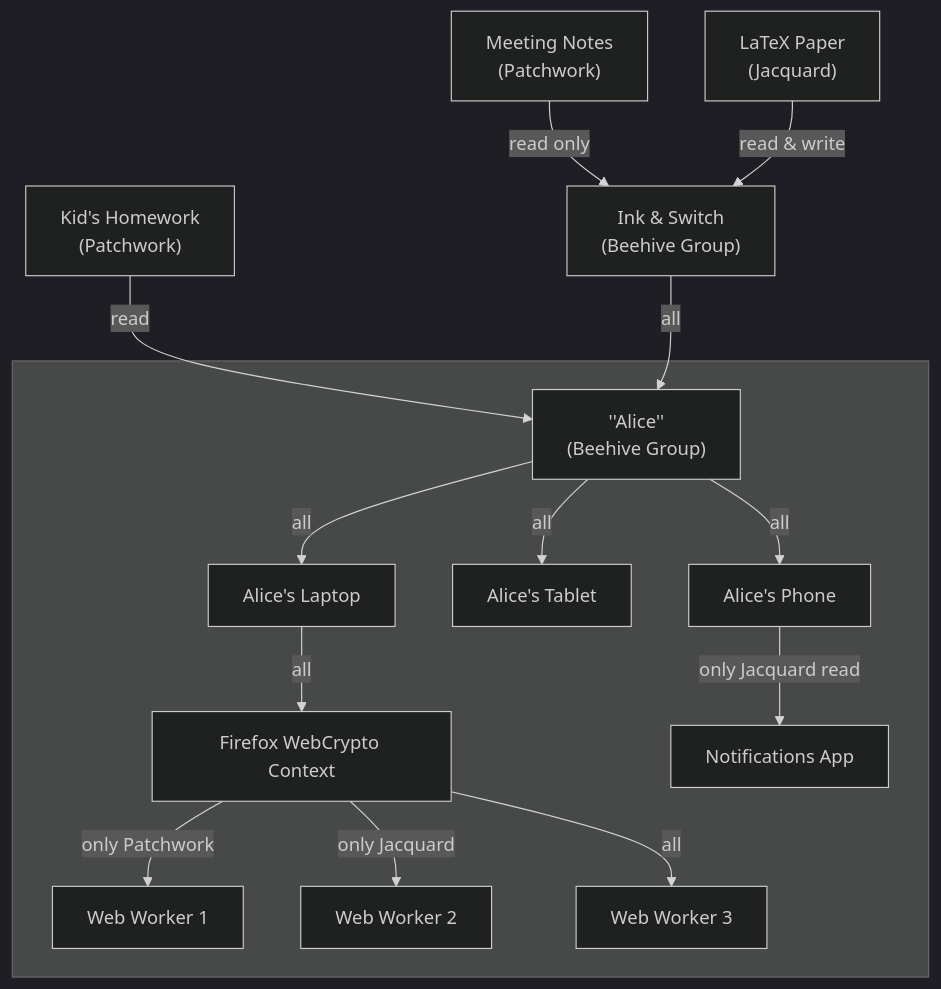
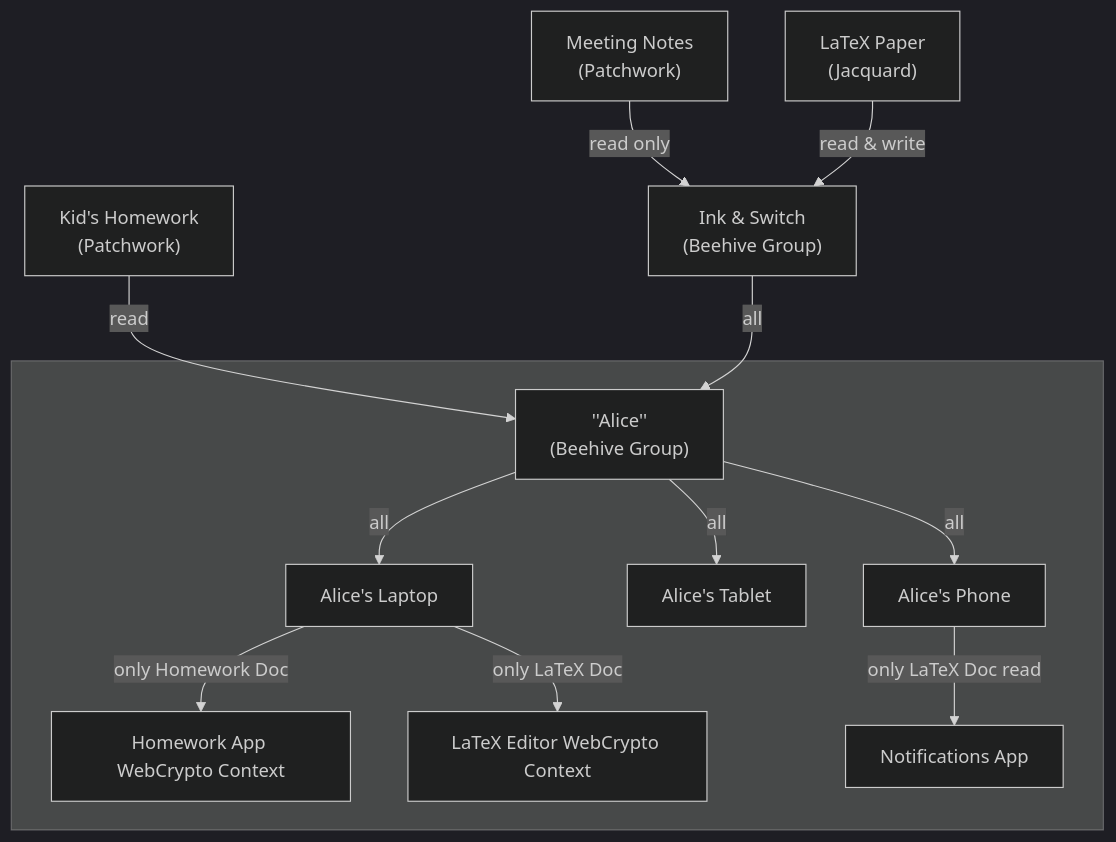
One commit to inkandswitch/keyhive changed diagram 11 of 11 in design/group_membership.md. Above: the diagram before and after it, drawn with Mermaid (dark theme). The commit also changed other lines of this file, not shown here.

Commit message:
Simplify example

````diff
--- a/design/group_membership.md
+++ b/design/group_membership.md
@@ -530,30 +514,26 @@
 ```mermaid
 flowchart TB
-
     doc1["Meeting Notes\n(Patchwork)"] -->|read only| ias
     doc2["LaTeX Paper\n(Jacquard)"] -->|read & write| ias
     doc3["Kid's Homework\n(Patchwork)"] -->|read| alice
 
     ias["Ink & Switch\n(Beehive Group)"] -->|all| alice
 
     subgraph alicedomain[" "]
         alice["''Alice''\n(Beehive Group)"]
 
         aliceLaptop[Alice's Laptop]
         aliceTablet[Alice's Tablet]
         alicePhone[Alice's Phone]
         
-        aliceFirefox[Firefox WebCrypto Context]
-        aliceWebWorker1[Web Worker 1]
-        aliceWebWorker2[Web Worker 2]
-        aliceWebWorker3[Web Worker 3]
+        alicePW[Homework App WebCrypto Context]
+        aliceJQ[LaTeX Editor WebCrypto Context]
 
-        alice -->|all| aliceLaptop -->|all| aliceFirefox
-        aliceFirefox -->|only Patchwork| aliceWebWorker1
-        aliceFirefox -->|only Jacquard| aliceWebWorker2
-        aliceFirefox -->|all| aliceWebWorker3
+        aliceLaptop -->|only Homework Doc| alicePW
+        aliceLaptop -->|only LaTeX Doc| aliceJQ
         
         alice -->|all| aliceTablet
-        alice -->|all| alicePhone -->|only Jacquard read| NotificationsApp[Notifications App]
+        alice -->|all| aliceLaptop
+        alice -->|all| alicePhone -->|only LaTeX Doc read| NotificationsApp[Notifications App]
     end
 ```
````
